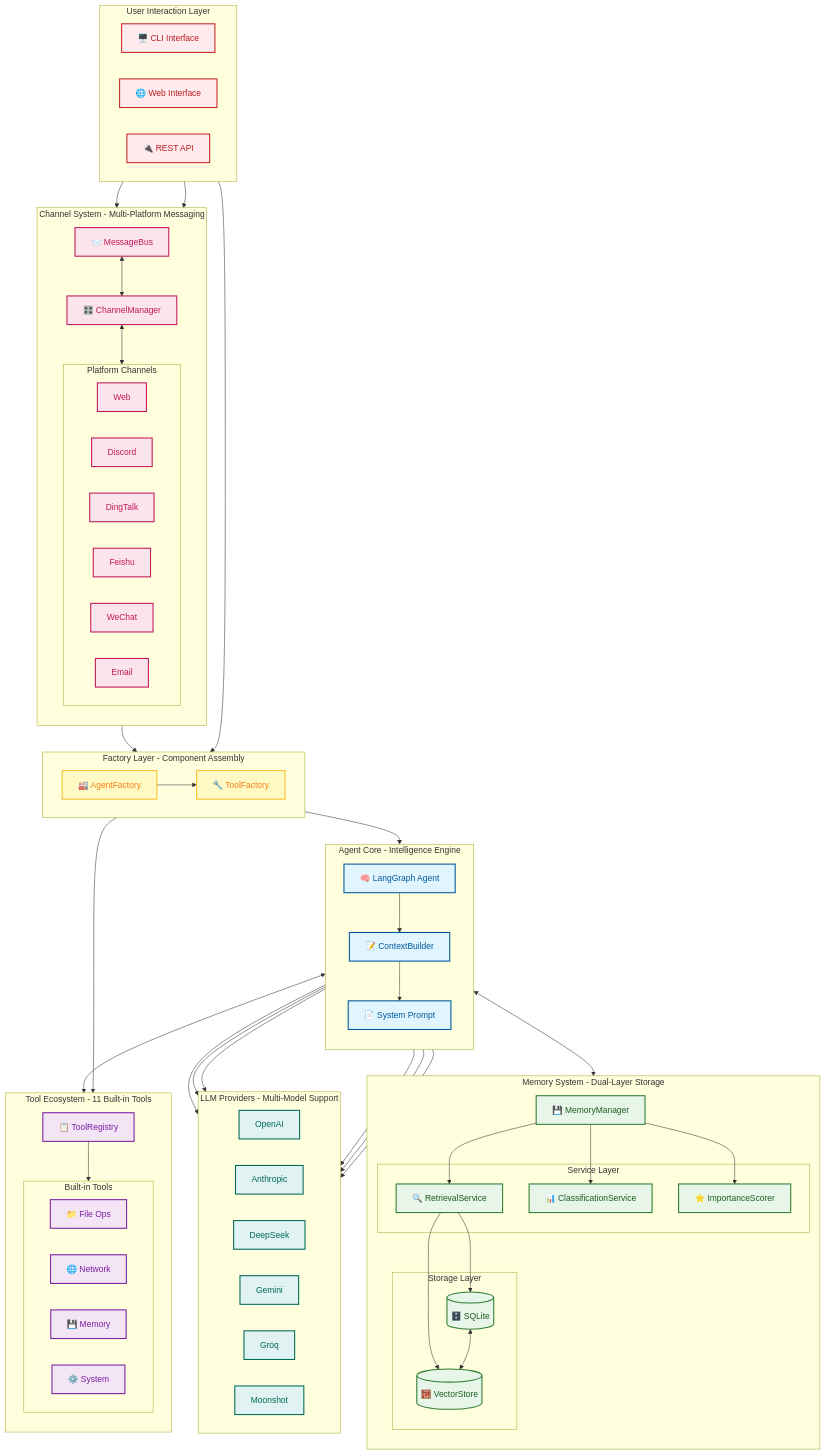
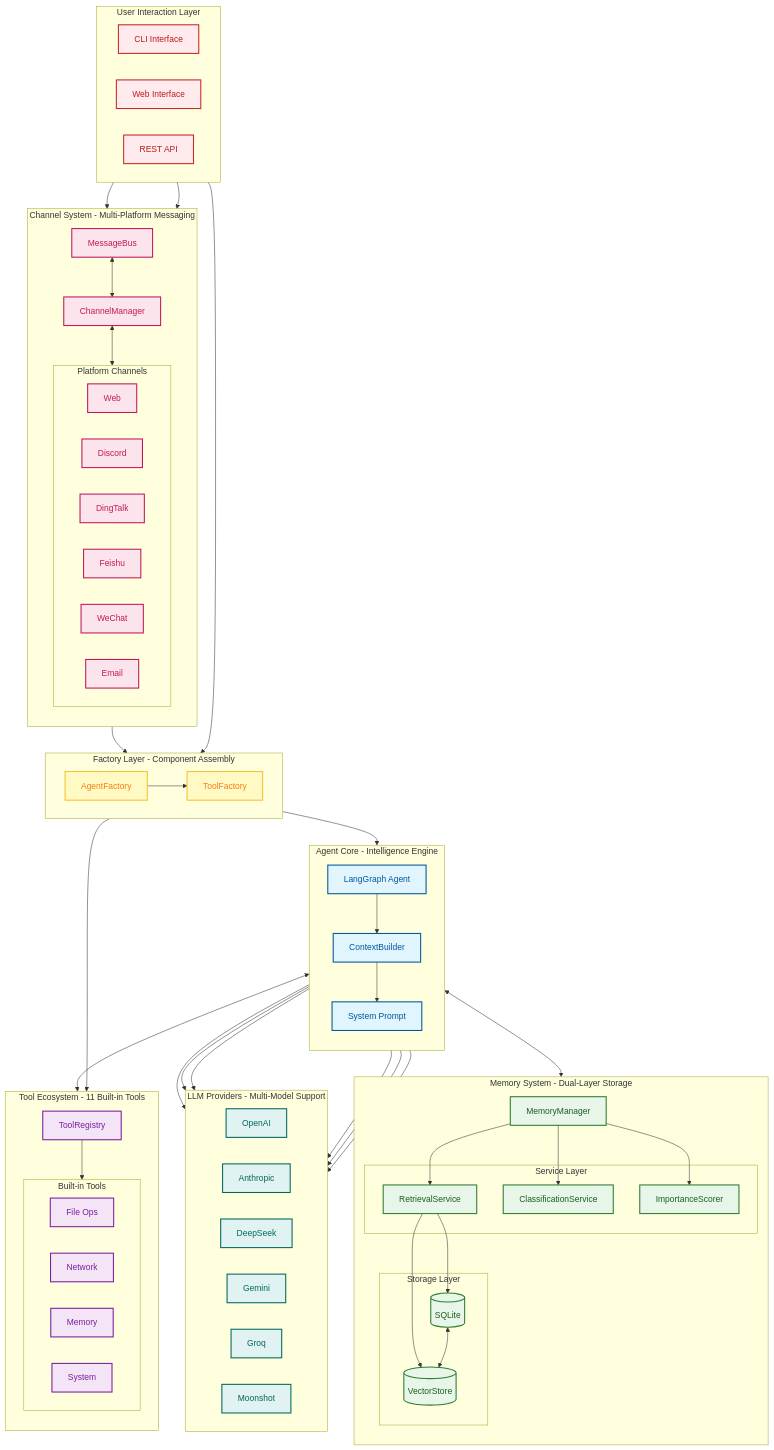
One commit to xt765/FinchBot changed the second of 6 diagrams in docs/en-US/blog/finchbot-flexible-ai-agent-framework.md. Above: the diagram before and after it, drawn with Mermaid. The commit also changed other lines of this file and 3 other files, not shown here.

```diff
--- a/docs/en-US/blog/finchbot-flexible-ai-agent-framework.md
+++ b/docs/en-US/blog/finchbot-flexible-ai-agent-framework.md
@@ -160,17 +160,17 @@
     %% User Interaction Layer
     subgraph UserLayer [User Interaction Layer]
         direction LR
-        CLI[🖥️ CLI Interface]
-        WebUI[🌐 Web Interface]
-        API[🔌 REST API]
+        CLI[ CLI Interface]
+        WebUI[ Web Interface]
+        API[ REST API]
     end
     class CLI,WebUI,API userLayer
 
     %% Channel System
     subgraph ChannelSystem [Channel System - Multi-Platform Messaging]
         direction TB
-        Bus[📨 MessageBus]
-        CM[🎛️ ChannelManager]
+        Bus[ MessageBus]
+        CM[ ChannelManager]
         
         Bus <--> CM
         
@@ -191,17 +191,17 @@
     %% Factory Layer
     subgraph FactoryLayer [Factory Layer - Component Assembly]
         direction LR
-        AF[🏭 AgentFactory]
-        TF[🔧 ToolFactory]
+        AF[ AgentFactory]
+        TF[ ToolFactory]
     end
     class AF,TF factoryLayer
 
     %% Agent Core
     subgraph AgentCore [Agent Core - Intelligence Engine]
         direction TB
-        Agent[🧠 LangGraph Agent]
-        CB[📝 ContextBuilder]
-        SP[📄 System Prompt]
+        Agent[ LangGraph Agent]
+        CB[ ContextBuilder]
+        SP[ System Prompt]
         
         Agent --> CB
         CB --> SP
@@ -211,17 +211,17 @@
     %% Memory System
     subgraph MemorySystem [Memory System - Dual-Layer Storage]
         direction TB
-        MM[💾 MemoryManager]
+        MM[ MemoryManager]
         
         subgraph Services [Service Layer]
-            RS[🔍 RetrievalService]
-            CS[📊 ClassificationService]
-            IS[⭐ ImportanceScorer]
+            RS[ RetrievalService]
+            CS[ ClassificationService]
+            IS[ ImportanceScorer]
         end
         
         subgraph Storage [Storage Layer]
-            SQLite[(🗄️ SQLite)]
-            Vector[(🧮 VectorStore)]
+            SQLite[( SQLite)]
+            Vector[( VectorStore)]
         end
         
         MM --> RS & CS & IS
@@ -233,13 +233,13 @@
     %% Tool Ecosystem
     subgraph ToolEcosystem [Tool Ecosystem - 11 Built-in Tools]
         direction TB
-        TR[📋 ToolRegistry]
+        TR[ ToolRegistry]
         
         subgraph BuiltInTools [Built-in Tools]
-            FileTools[📁 File Ops]
-            WebTools[🌐 Network]
-            MemTools[💾 Memory]
-            SysTools[⚙️ System]
+            FileTools[ File Ops]
+            WebTools[ Network]
+            MemTools[ Memory]
+            SysTools[ System]
         end
         
         TR --> BuiltInTools
```
